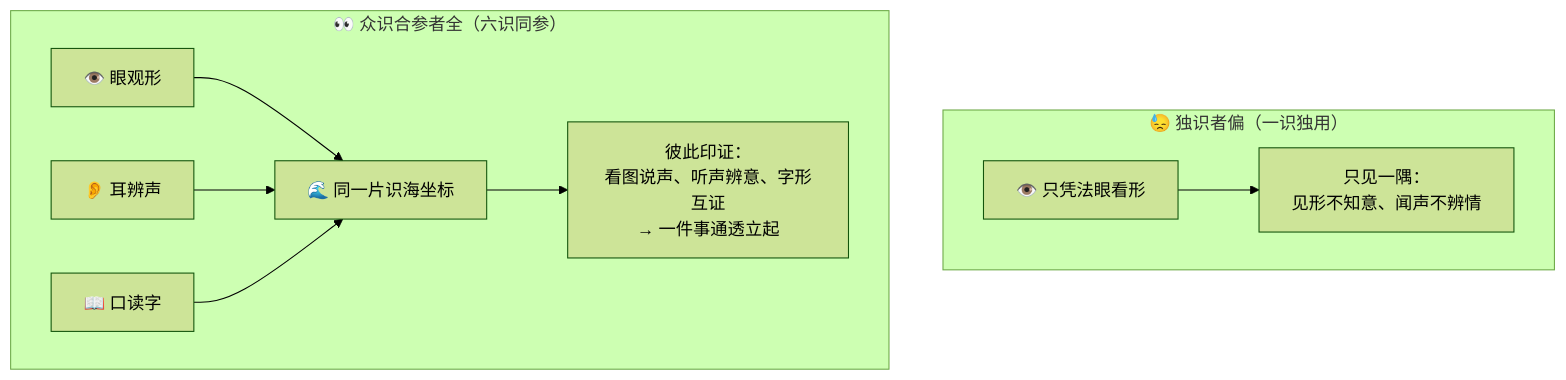
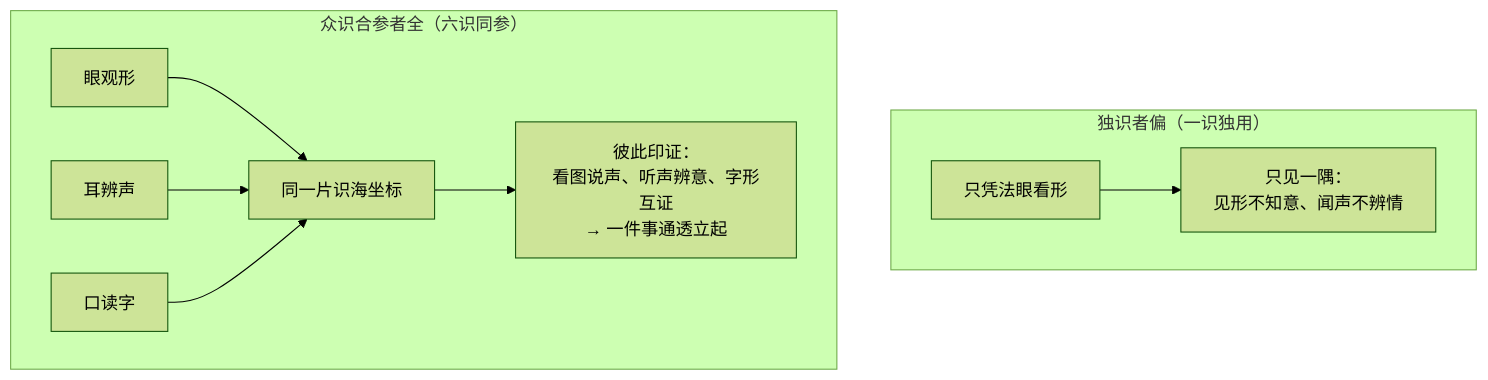
One commit to luckykhy/KhyAiHub changed the third of 3 diagrams in docs/09_STORY_修仙学AI/STORY-番外/[STORY-番外-113] 番外14·六识同参·眼耳互通.md. Above: the diagram before and after it, drawn with Mermaid (forest theme). The commit also changed other lines of this file and 19 other files, not shown here.

````diff
--- a/docs/09_STORY_修仙学AI/STORY-番外/[STORY-番外-113] 番外14·六识同参·眼耳互通.md
+++ b/docs/09_STORY_修仙学AI/STORY-番外/[STORY-番外-113] 番外14·六识同参·眼耳互通.md
@@ -131,12 +131,12 @@
 ```mermaid
 flowchart TB
-  subgraph 偏["😓 独识者偏（一识独用）"]
-    ONE["👁️ 只凭法眼看形"] --> BIAS["只见一隅：<br/>见形不知意、闻声不辨情"]
+  subgraph 偏["独识者偏（一识独用）"]
+    ONE["只凭法眼看形"] --> BIAS["只见一隅：<br/>见形不知意、闻声不辨情"]
   end
-  subgraph 全["👀 众识合参者全（六识同参）"]
-    S["👁️ 眼观形"] --> H["🌊 同一片识海坐标"]
-    T["👂 耳辨声"] --> H
-    R["📖 口读字"] --> H
+  subgraph 全["众识合参者全（六识同参）"]
+    S["眼观形"] --> H["同一片识海坐标"]
+    T["耳辨声"] --> H
+    R["口读字"] --> H
     H --> ALL["彼此印证：<br/>看图说声、听声辨意、字形互证<br/>→ 一件事通透立起"]
   end
 ```
````
